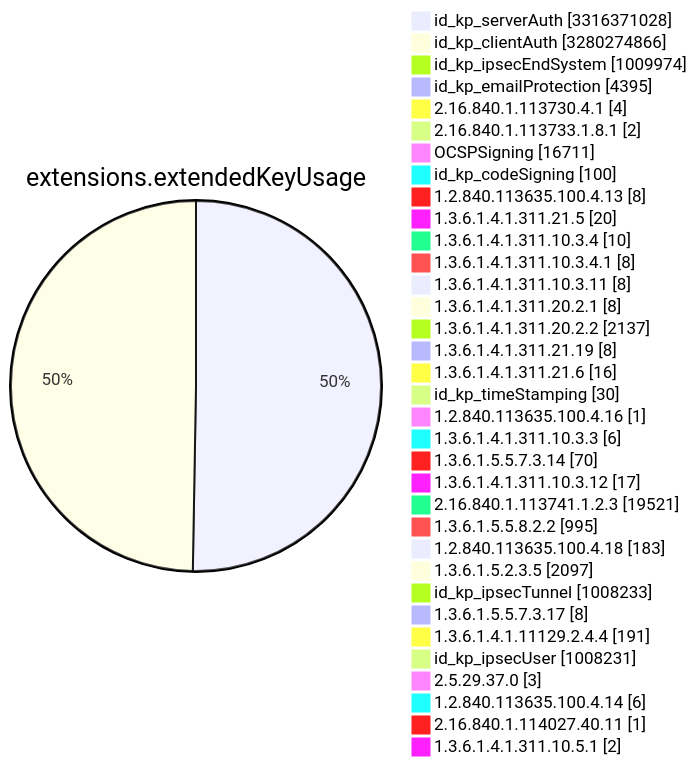
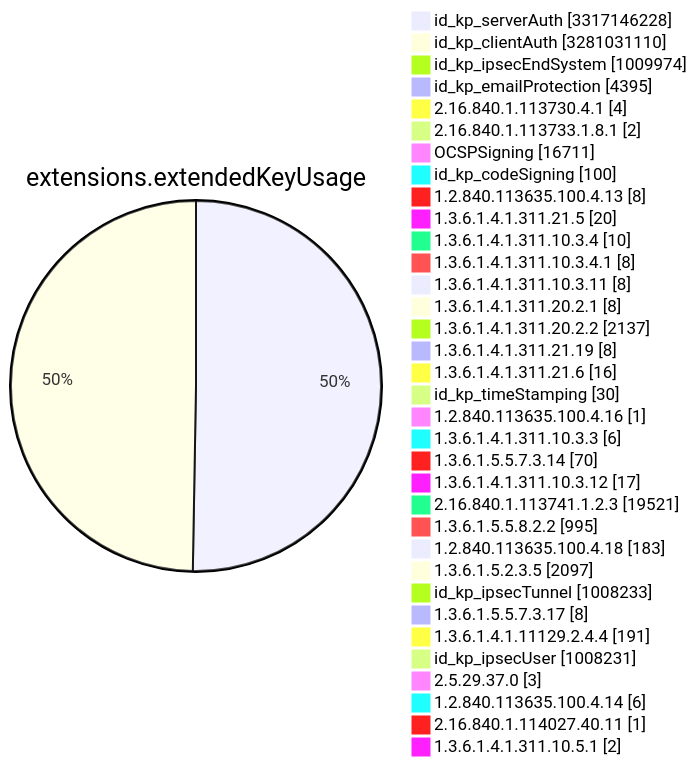
One commit to christiankrug/ctmonitor_visualization changed diagram 11 of 15 in TOTAL/README.md. Above: the diagram before and after it, drawn with Mermaid. The commit also changed other lines of this file, not shown here.

````diff
--- a/TOTAL/README.md
+++ b/TOTAL/README.md
@@ -4120,38 +4120,38 @@
 ```mermaid
 pie showData
 title extensions.extendedKeyUsage
-"id_kp_serverAuth" :3316371028
-"id_kp_clientAuth" :3280274866
+"id_kp_serverAuth" :3317146228
+"id_kp_clientAuth" :3281031110
 "id_kp_ipsecEndSystem" :1009974
 "id_kp_emailProtection" :4395
 "2.16.840.1.113730.4.1" :4
 "2.16.840.1.113733.1.8.1" :2
 "OCSPSigning" :16711
 "id_kp_codeSigning" :100
 "1.2.840.113635.100.4.13" :8
 "1.3.6.1.4.1.311.21.5" :20
 "1.3.6.1.4.1.311.10.3.4" :10
 "1.3.6.1.4.1.311.10.3.4.1" :8
 "1.3.6.1.4.1.311.10.3.11" :8
 "1.3.6.1.4.1.311.20.2.1" :8
 "1.3.6.1.4.1.311.20.2.2" :2137
 "1.3.6.1.4.1.311.21.19" :8
 "1.3.6.1.4.1.311.21.6" :16
 "id_kp_timeStamping" :30
 "1.2.840.113635.100.4.16" :1
 "1.3.6.1.4.1.311.10.3.3" :6
 "1.3.6.1.5.5.7.3.14" :70
 "1.3.6.1.4.1.311.10.3.12" :17
 "2.16.840.1.113741.1.2.3" :19521
 "1.3.6.1.5.5.8.2.2" :995
 "1.2.840.113635.100.4.18" :183
 "1.3.6.1.5.2.3.5" :2097
 "id_kp_ipsecTunnel" :1008233
 "1.3.6.1.5.5.7.3.17" :8
 "1.3.6.1.4.1.11129.2.4.4" :191
 "id_kp_ipsecUser" :1008231
 "2.5.29.37.0" :3
 "1.2.840.113635.100.4.14" :6
 "2.16.840.1.114027.40.11" :1
 "1.3.6.1.4.1.311.10.5.1" :2
 ```
````
